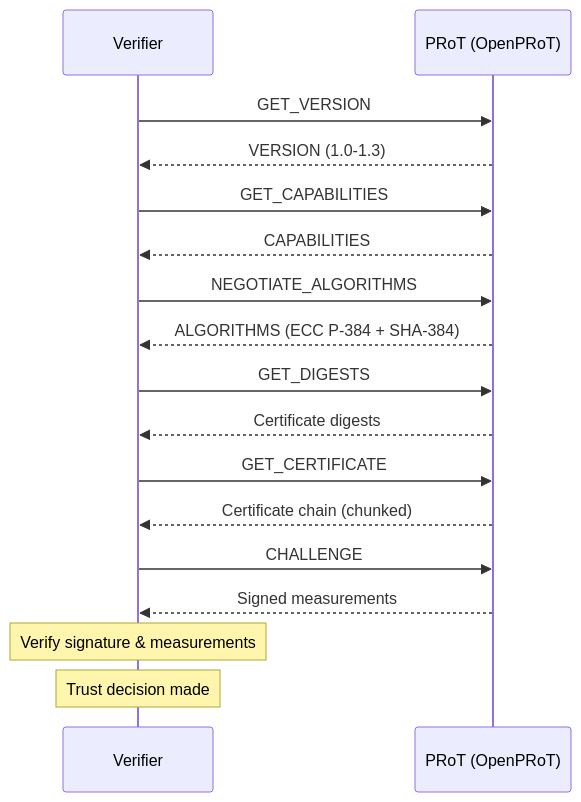
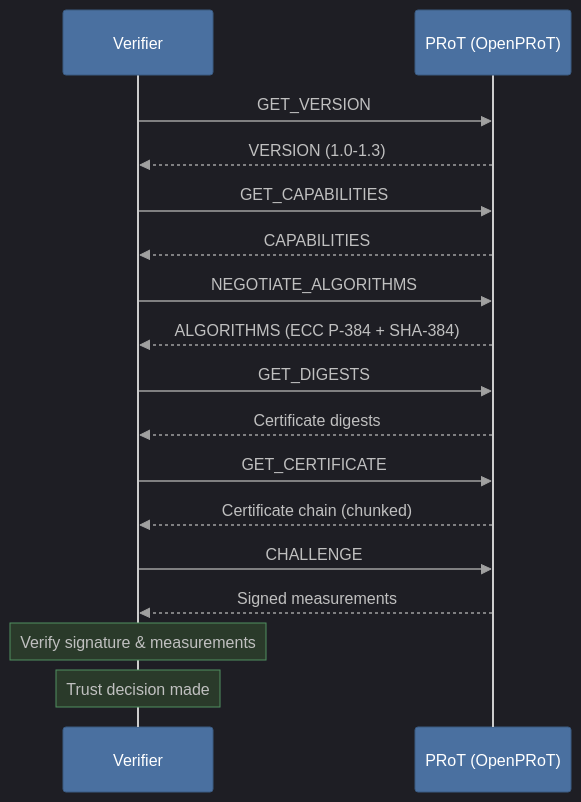
One commit to MichaelTien8901/openprot-guide changed the diagram in docs/03-protocols/spdm.md. Above: the diagram before and after it, drawn with Mermaid. The commit also changed 2 other files, not shown here.

Commit message:
Apply dark theme to all sequence diagrams

````diff
--- a/docs/03-protocols/spdm.md
+++ b/docs/03-protocols/spdm.md
@@ -62,26 +62,27 @@
 ```mermaid
+%%{init: {'theme': 'dark', 'themeVariables': {'actorBkg': '#4a70a0', 'actorTextColor': '#fff', 'actorBorder': '#3a5a80', 'noteBkgColor': '#2a3a2a', 'noteTextColor': '#c0c0c0', 'noteBorderColor': '#509060', 'signalColor': '#a0a0a0', 'signalTextColor': '#c0c0c0', 'sequenceNumberColor': '#fff'}}}%%
 sequenceDiagram
     participant V as Verifier
     participant P as PRoT (OpenPRoT)
 
     V->>P: GET_VERSION
     P-->>V: VERSION (1.0-1.3)
 
     V->>P: GET_CAPABILITIES
     P-->>V: CAPABILITIES
 
     V->>P: NEGOTIATE_ALGORITHMS
     P-->>V: ALGORITHMS (ECC P-384 + SHA-384)
 
     V->>P: GET_DIGESTS
     P-->>V: Certificate digests
 
     V->>P: GET_CERTIFICATE
     P-->>V: Certificate chain (chunked)
 
     V->>P: CHALLENGE
     P-->>V: Signed measurements
 
     Note over V: Verify signature & measurements
     Note over V: Trust decision made
 ```
````
